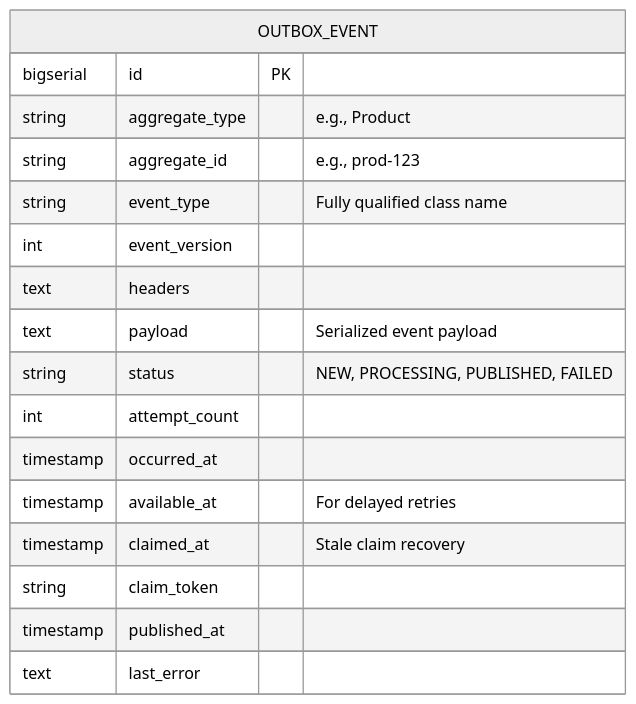
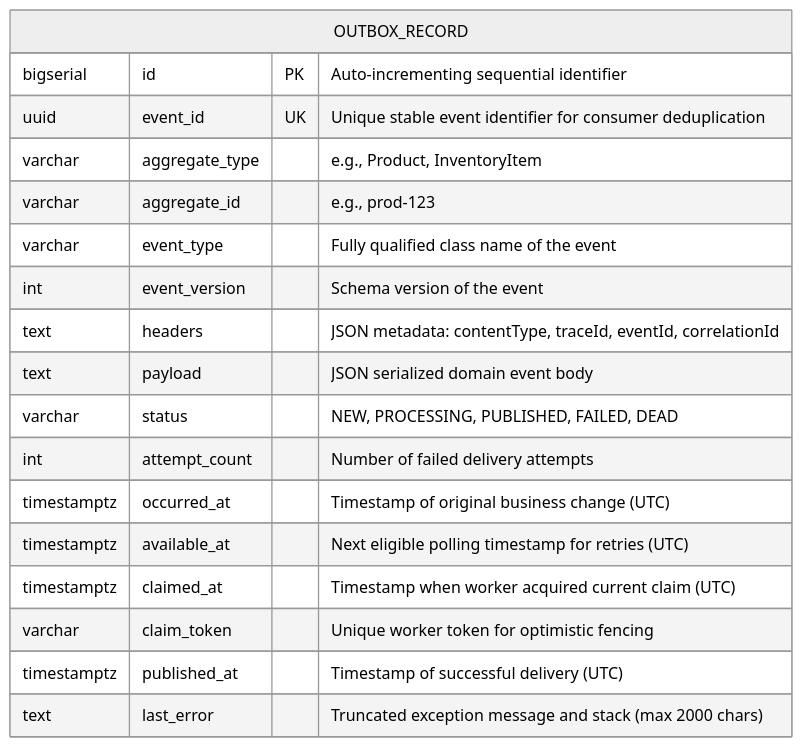
The fifth of 6 diagrams in docs/spec/system/transactional-outbox-tech-spec.md (khinemyaezin/grab), drawn with Mermaid (neutral theme) before and after one commit. The commit also changed other lines of this file and 202 other files, not shown here.

Commit message:
feat: introduce outbox infrastructure components including claim strategies, event dispatchers, and scheduled job configurations

````diff
--- a/docs/spec/system/transactional-outbox-tech-spec.md
+++ b/docs/spec/system/transactional-outbox-tech-spec.md
@@ -168,20 +287,21 @@
 ```mermaid
 erDiagram
-    OUTBOX_EVENT {
-        bigserial id PK
-        string aggregate_type "e.g., Product"
-        string aggregate_id "e.g., prod-123"
-        string event_type "Fully qualified class name"
-        int event_version
-        text headers
-        text payload "Serialized event payload"
-        string status "NEW, PROCESSING, PUBLISHED, FAILED"
-        int attempt_count
-        timestamp occurred_at
-        timestamp available_at "For delayed retries"
-        timestamp claimed_at "Stale claim recovery"
-        string claim_token
-        timestamp published_at
-        text last_error
+    OUTBOX_RECORD {
+        bigserial id PK "Auto-incrementing sequential identifier"
+        uuid event_id UK "Unique stable event identifier for consumer deduplication"
+        varchar aggregate_type "e.g., Product, InventoryItem"
+        varchar aggregate_id "e.g., prod-123"
+        varchar event_type "Fully qualified class name of the event"
+        int event_version "Schema version of the event"
+        text headers "JSON metadata: contentType, traceId, eventId, correlationId"
+        text payload "JSON serialized domain event body"
+        varchar status "NEW, PROCESSING, PUBLISHED, FAILED, DEAD"
+        int attempt_count "Number of failed delivery attempts"
+        timestamptz occurred_at "Timestamp of original business change (UTC)"
+        timestamptz available_at "Next eligible polling timestamp for retries (UTC)"
+        timestamptz claimed_at "Timestamp when worker acquired current claim (UTC)"
+        varchar claim_token "Unique worker token for optimistic fencing"
+        timestamptz published_at "Timestamp of successful delivery (UTC)"
+        text last_error "Truncated exception message and stack (max 2000 chars)"
     }
 ```
````
